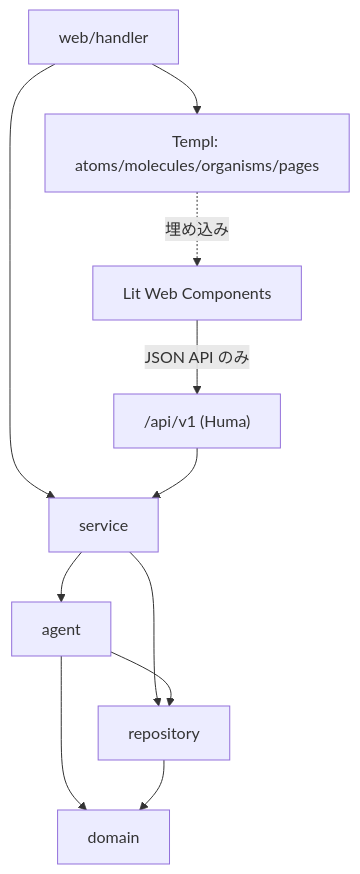
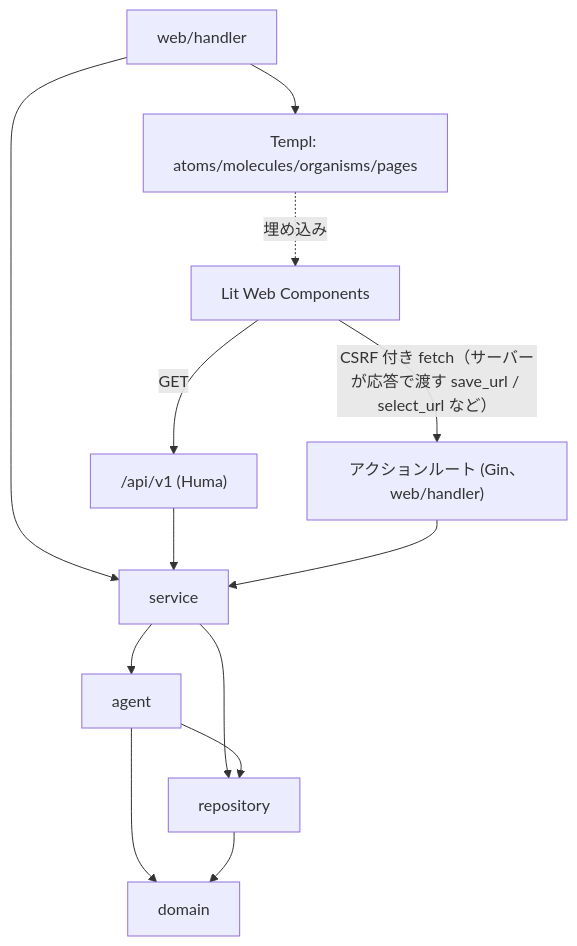
One commit to ousiassllc/mam changed the diagram in spec/components/overview.md. Above: the diagram before and after it, drawn with Mermaid. The commit also changed other lines of this file, not shown here.

Commit message:
docs: Lit からアクションルートを呼ぶ依存関係図に修正 (#255)

````diff
--- a/spec/components/overview.md
+++ b/spec/components/overview.md
@@ -39,13 +39,15 @@
 ```mermaid
 flowchart TB
     Handler[web/handler] --> Service[service]
     Service --> Agent[agent]
     Service --> Repo[repository]
     Agent --> Repo
     Agent --> Domain[domain]
     Repo --> Domain
     Handler --> Templ[Templ: atoms/molecules/organisms/pages]
     Templ -.埋め込み.-> Lit[Lit Web Components]
-    Lit -->|JSON API のみ| APIRoute["/api/v1 (Huma)"]
+    Lit -->|GET| APIRoute["/api/v1 (Huma)"]
+    Lit -->|"CSRF 付き fetch（サーバーが応答で渡す save_url / select_url など）"| ActionRoute["アクションルート (Gin、web/handler)"]
     APIRoute --> Service
+    ActionRoute --> Service
 ```
````
